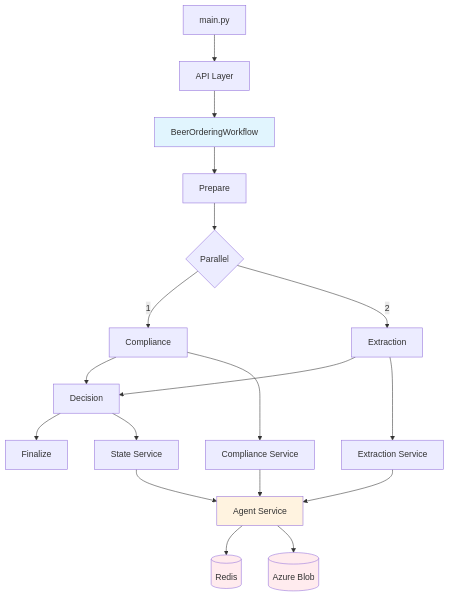
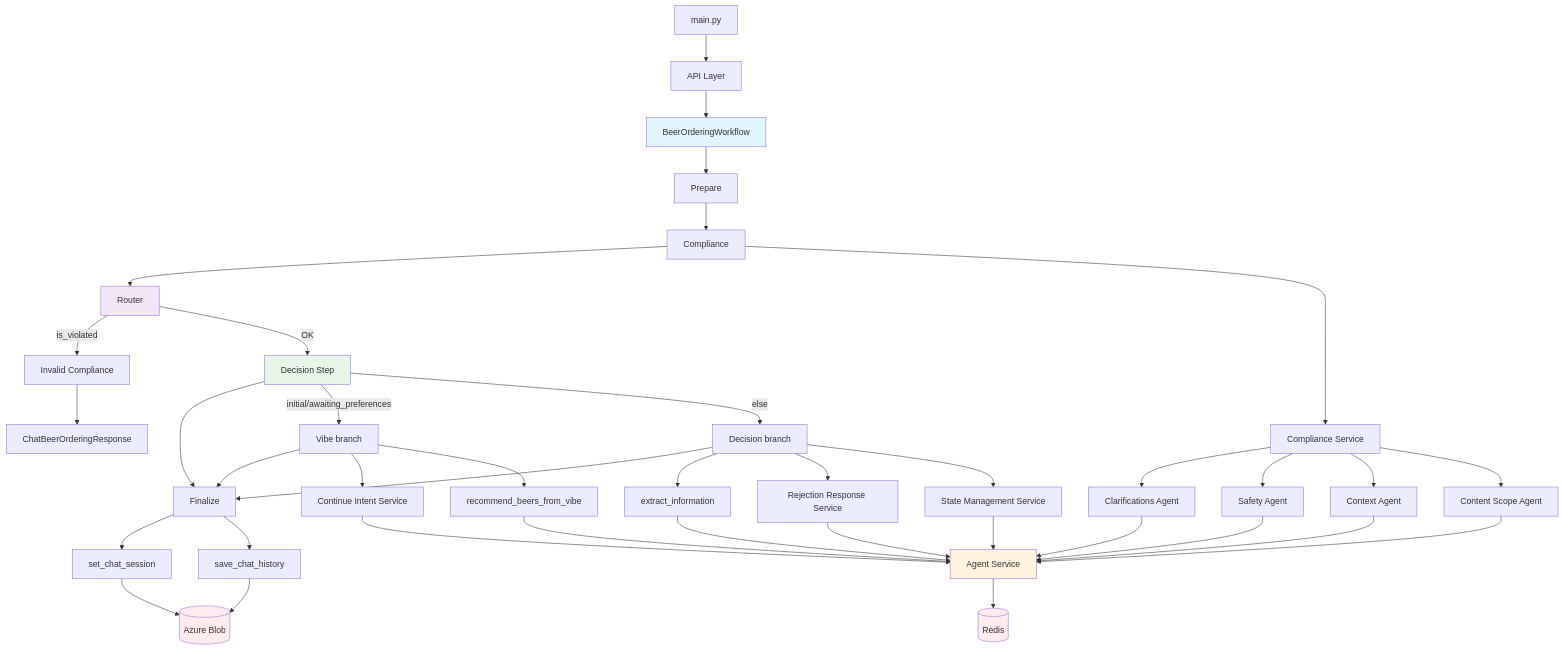
Before and after one commit to theAbyssOfTime2004/myVault: the first of 2 diagrams in 10_Projects/12_TigerTribe_Intern/BrewBuddy SmartTap Overview.md, drawn with Mermaid. The commit also changed other lines of this file and 1 other file, not shown here.

````diff
--- a/10_Projects/12_TigerTribe_Intern/BrewBuddy SmartTap Overview.md
+++ b/10_Projects/12_TigerTribe_Intern/BrewBuddy SmartTap Overview.md
@@ -8,30 +14,85 @@
 ```mermaid
+
 graph TD
-    Main[main.py] --> API[API Layer]
-    API --> Workflow[BeerOrderingWorkflow]
-    
-    Workflow --> Prepare[Prepare]
-    Prepare --> Parallel{Parallel}
-    Parallel -->|1| Compliance[Compliance]
-    Parallel -->|2| Extract[Extraction]
-    
-    Compliance --> Decision[Decision]
-    Extract --> Decision
-    Decision --> Finalize[Finalize]
-    
-    Compliance --> CompSvc[Compliance Service]
-    Extract --> ExtrSvc[Extraction Service]
-    Decision --> StateSvc[State Service]
-    
-    CompSvc --> Agent[Agent Service]
-    ExtrSvc --> Agent
-    StateSvc --> Agent
-    
-    Agent --> Redis[(Redis)]
-    Agent --> Blob[(Azure Blob)]
-    
-    style Workflow fill:#e1f5fe
-    style Agent fill:#fff3e0
-    style Redis fill:#ffebee
-    style Blob fill:#ffebee
+
+Main[main.py] --> API[API Layer]
+
+API --> Workflow[BeerOrderingWorkflow]
+
+Workflow --> Prepare[Prepare]
+
+Prepare --> Compliance[Compliance]
+
+Compliance --> Router[Router]
+
+Router -->|is_violated| Invalid[Invalid Compliance]
+
+Router -->|OK| Decision[Decision Step]
+
+Decision --> Finalize[Finalize]
+
+Invalid --> Response[ChatBeerOrderingResponse]
+
+Decision -->|initial/awaiting_preferences| VibeBranch[Vibe branch]
+
+Decision -->|else| DecisionBranch[Decision branch]
+
+VibeBranch --> Finalize
+
+DecisionBranch --> Finalize
+
+Compliance --> CompSvc[Compliance Service]
+
+CompSvc --> Clarifications[Clarifications Agent]
+
+CompSvc --> Safety[Safety Agent]
+
+CompSvc --> Context[Context Agent]
+
+CompSvc --> ContentScope[Content Scope Agent]
+
+VibeBranch --> ContinueIntent[Continue Intent Service]
+
+VibeBranch --> RecommendVibe[recommend_beers_from_vibe]
+
+DecisionBranch --> ExtractInfo[extract_information]
+
+DecisionBranch --> RejectionSvc[Rejection Response Service]
+
+DecisionBranch --> StateSvc[State Management Service]
+
+Clarifications & Safety & Context & ContentScope --> Agent[Agent Service]
+
+ContinueIntent --> Agent
+
+RecommendVibe --> Agent
+
+ExtractInfo --> Agent
+
+RejectionSvc --> Agent
+
+StateSvc --> Agent
+
+Agent --> Redis[(Redis)]
+
+Finalize --> SetSession[set_chat_session]
+
+Finalize --> SaveHistory[save_chat_history]
+
+SetSession --> Blob[(Azure Blob)]
+
+SaveHistory --> Blob
+
+style Workflow fill:#e1f5fe
+
+style Router fill:#f3e5f5
+
+style Decision fill:#e8f5e9
+
+style Agent fill:#fff3e0
+
+style Redis fill:#ffebee
+
+style Blob fill:#ffebee
+
 ```
````
